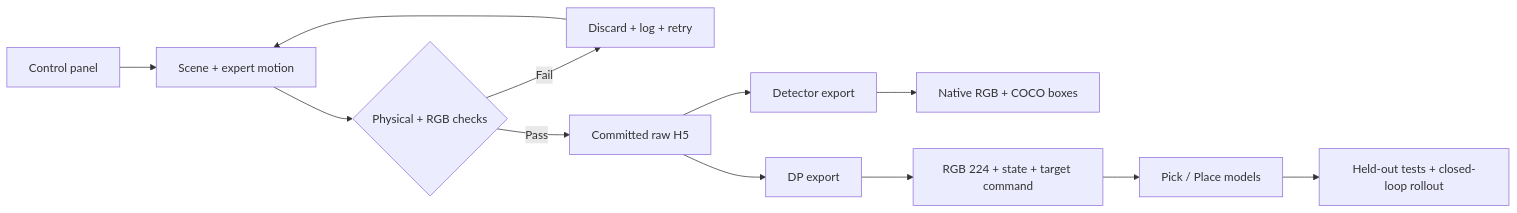
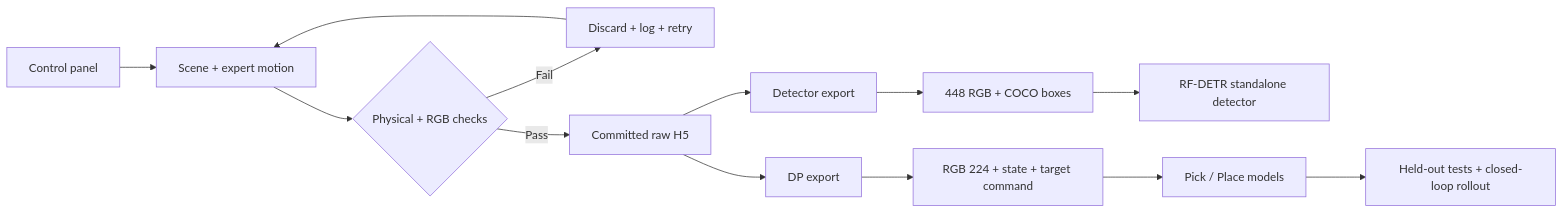
The first of 4 diagrams in README.md (angelinemar/NSTC-Surgical-Instrument-Pick-Place), drawn with Mermaid before and after one commit. The commit also changed other lines of this file and 11 other files, not shown here.

````diff
--- a/README.md
+++ b/README.md
@@ -9,14 +9,15 @@
 ```mermaid
 flowchart LR
     A["Control panel"] --> B["Scene + expert motion"]
     B --> C{"Physical + RGB checks"}
     C -->|Fail| D["Discard + log + retry"]
     D --> B
     C -->|Pass| E["Committed raw H5"]
     E --> F["Detector export"]
     E --> G["DP export"]
-    F --> H["Native RGB + COCO boxes"]
+    F --> H["448 RGB + COCO boxes"]
+    H --> L["RF-DETR standalone detector"]
     G --> I["RGB 224 + state + target command"]
     I --> J["Pick / Place models"]
     J --> K["Held-out tests + closed-loop rollout"]
 ```
````
